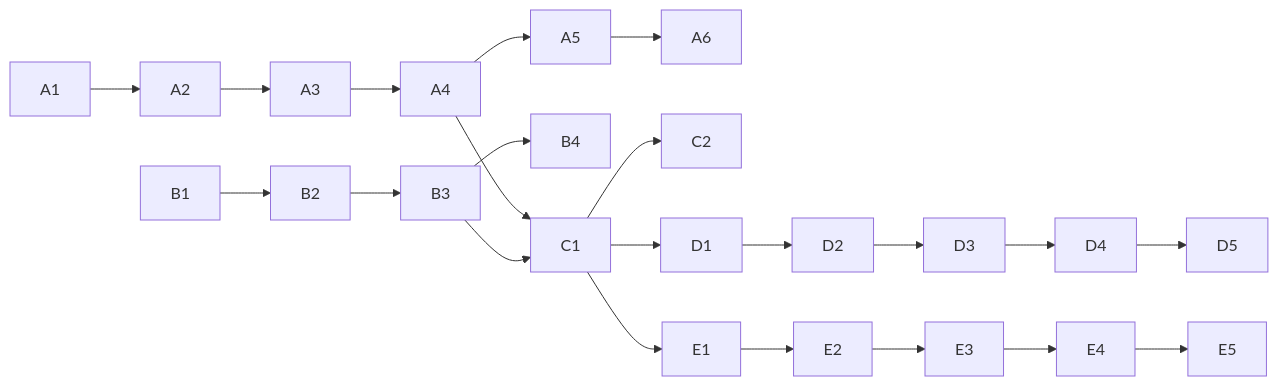
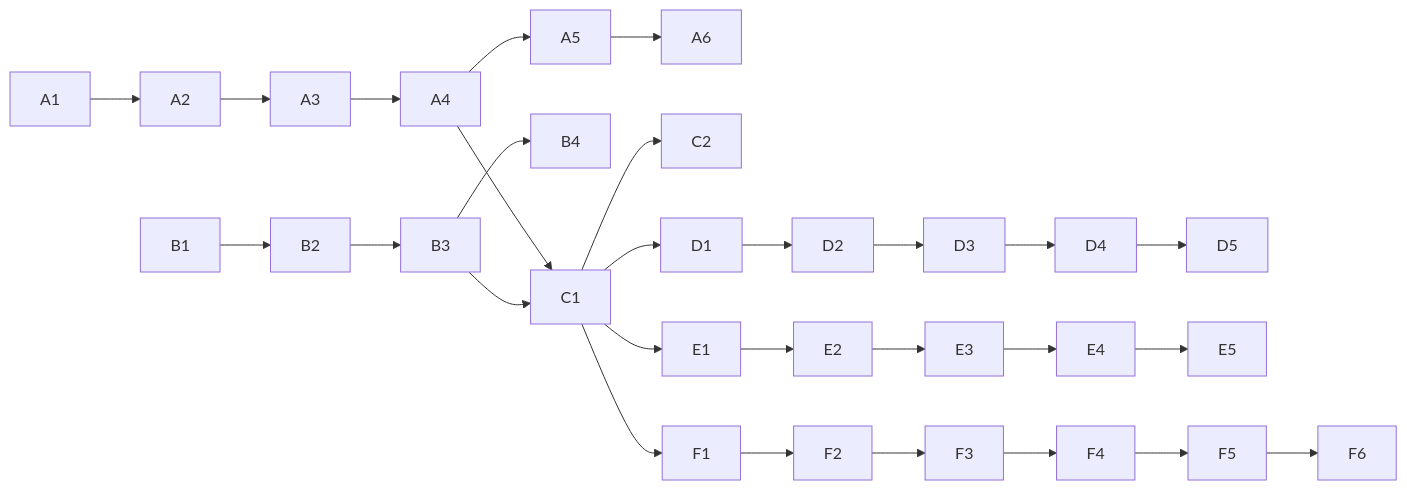
One commit to augustynski-lukasz/ytahd changed the diagram in docs/PLAN.md. Above: the diagram before and after it, drawn with Mermaid. The commit also changed other lines of this file and 22 other files, not shown here.

````diff
--- a/docs/PLAN.md
+++ b/docs/PLAN.md
@@ -319,10 +398,11 @@
 ```mermaid
 graph LR
     A1 --> A2 --> A3 --> A4 --> A5 --> A6
     B1 --> B2 --> B3 --> B4
     A4 --> C1
     B3 --> C1
     C1 --> C2
     C1 --> D1 --> D2 --> D3 --> D4 --> D5
     C1 --> E1 --> E2 --> E3 --> E4 --> E5
+    C1 --> F1 --> F2 --> F3 --> F4 --> F5 --> F6
 ```
````
